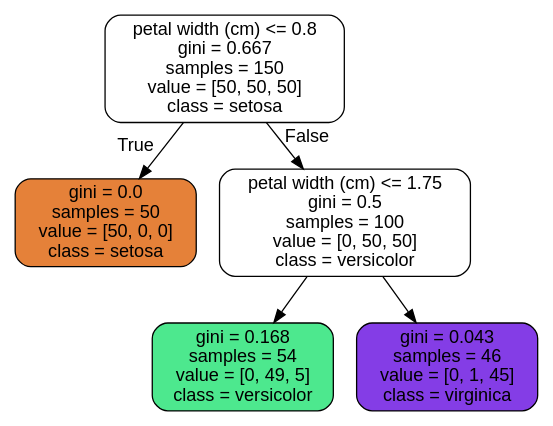
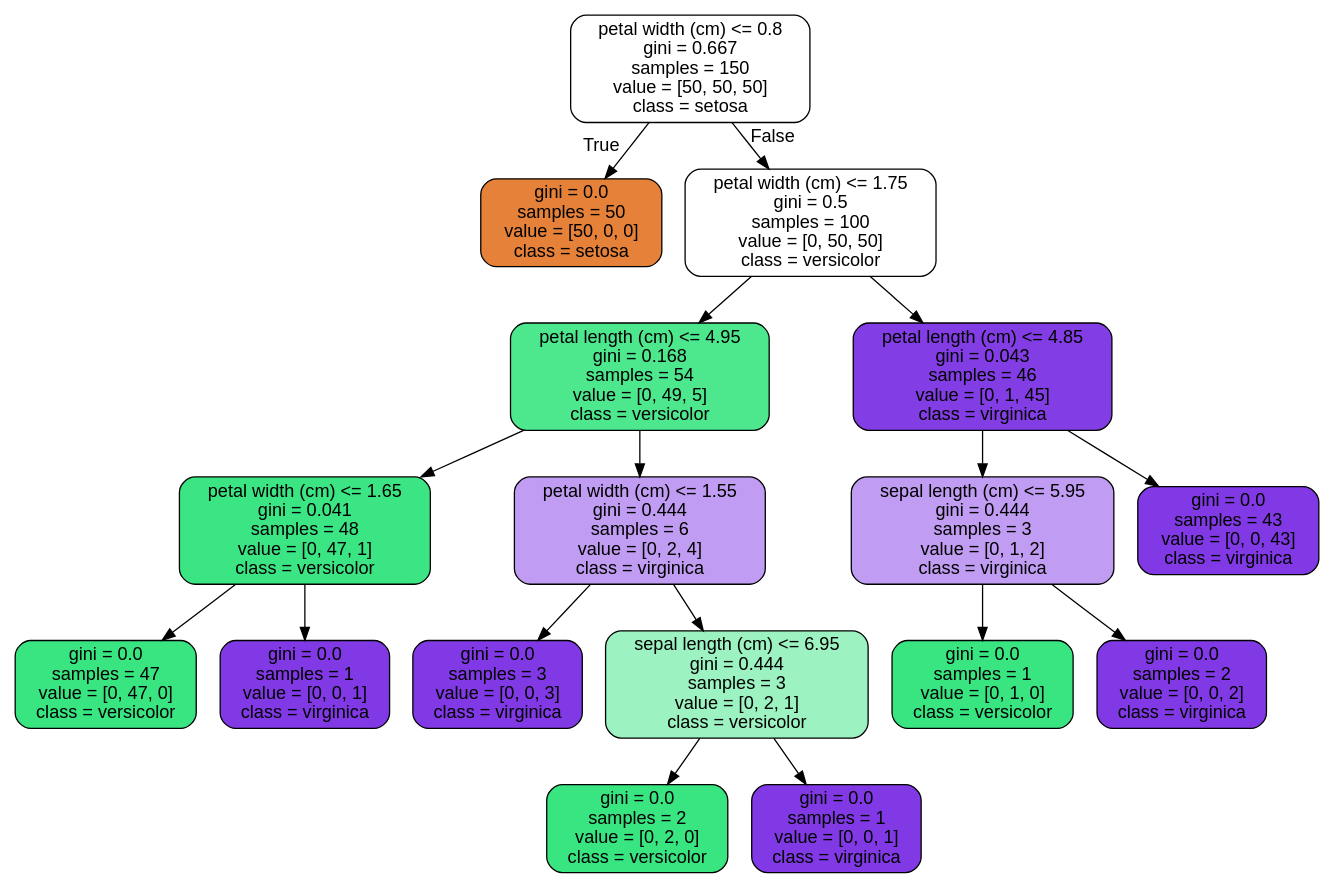
The diagram in MachineLearning/sklearn/iris_tree.dot (xiuzheDorothy/DL_exercise), drawn with Graphviz before and after one commit. The commit also changed 31 other files, not shown here.

```diff
--- a/MachineLearning/sklearn/iris_tree.dot
+++ b/MachineLearning/sklearn/iris_tree.dot
@@ -1,13 +1,37 @@
 digraph Tree {
 node [shape=box, style="filled, rounded", color="black", fontname=helvetica] ;
 edge [fontname=helvetica] ;
-0 [label="petal width (cm) <= 0.8\ngini = 0.667\nsamples = 150\nvalue = [50, 50, 50]\nclass = setosa", fillcolor="#ffffff"] ;
-1 [label="gini = 0.0\nsamples = 50\nvalue = [50, 0, 0]\nclass = setosa", fillcolor="#e58139"] ;
+0 [label="petal width (cm) <= 0.8\ngini = 0.667\nsamples = 150\nvalue = [50, 50, 50]\nclass = setosa", fillcolor="#e5813900"] ;
+1 [label="gini = 0.0\nsamples = 50\nvalue = [50, 0, 0]\nclass = setosa", fillcolor="#e58139ff"] ;
 0 -> 1 [labeldistance=2.5, labelangle=45, headlabel="True"] ;
-2 [label="petal width (cm) <= 1.75\ngini = 0.5\nsamples = 100\nvalue = [0, 50, 50]\nclass = versicolor", fillcolor="#ffffff"] ;
+2 [label="petal width (cm) <= 1.75\ngini = 0.5\nsamples = 100\nvalue = [0, 50, 50]\nclass = versicolor", fillcolor="#39e58100"] ;
 0 -> 2 [labeldistance=2.5, labelangle=-45, headlabel="False"] ;
-3 [label="gini = 0.168\nsamples = 54\nvalue = [0, 49, 5]\nclass = versicolor", fillcolor="#4de88e"] ;
+3 [label="petal length (cm) <= 4.95\ngini = 0.168\nsamples = 54\nvalue = [0, 49, 5]\nclass = versicolor", fillcolor="#39e581e5"] ;
 2 -> 3 ;
-4 [label="gini = 0.043\nsamples = 46\nvalue = [0, 1, 45]\nclass = virginica", fillcolor="#843de6"] ;
-2 -> 4 ;
+4 [label="petal width (cm) <= 1.65\ngini = 0.041\nsamples = 48\nvalue = [0, 47, 1]\nclass = versicolor", fillcolor="#39e581fa"] ;
+3 -> 4 ;
+5 [label="gini = 0.0\nsamples = 47\nvalue = [0, 47, 0]\nclass = versicolor", fillcolor="#39e581ff"] ;
+4 -> 5 ;
+6 [label="gini = 0.0\nsamples = 1\nvalue = [0, 0, 1]\nclass = virginica", fillcolor="#8139e5ff"] ;
+4 -> 6 ;
+7 [label="petal width (cm) <= 1.55\ngini = 0.444\nsamples = 6\nvalue = [0, 2, 4]\nclass = virginica", fillcolor="#8139e57f"] ;
+3 -> 7 ;
+8 [label="gini = 0.0\nsamples = 3\nvalue = [0, 0, 3]\nclass = virginica", fillcolor="#8139e5ff"] ;
+7 -> 8 ;
+9 [label="sepal length (cm) <= 6.95\ngini = 0.444\nsamples = 3\nvalue = [0, 2, 1]\nclass = versicolor", fillcolor="#39e5817f"] ;
+7 -> 9 ;
+10 [label="gini = 0.0\nsamples = 2\nvalue = [0, 2, 0]\nclass = versicolor", fillcolor="#39e581ff"] ;
+9 -> 10 ;
+11 [label="gini = 0.0\nsamples = 1\nvalue = [0, 0, 1]\nclass = virginica", fillcolor="#8139e5ff"] ;
+9 -> 11 ;
+12 [label="petal length (cm) <= 4.85\ngini = 0.043\nsamples = 46\nvalue = [0, 1, 45]\nclass = virginica", fillcolor="#8139e5f9"] ;
+2 -> 12 ;
+13 [label="sepal length (cm) <= 5.95\ngini = 0.444\nsamples = 3\nvalue = [0, 1, 2]\nclass = virginica", fillcolor="#8139e57f"] ;
+12 -> 13 ;
+14 [label="gini = 0.0\nsamples = 1\nvalue = [0, 1, 0]\nclass = versicolor", fillcolor="#39e581ff"] ;
+13 -> 14 ;
+15 [label="gini = 0.0\nsamples = 2\nvalue = [0, 0, 2]\nclass = virginica", fillcolor="#8139e5ff"] ;
+13 -> 15 ;
+16 [label="gini = 0.0\nsamples = 43\nvalue = [0, 0, 43]\nclass = virginica", fillcolor="#8139e5ff"] ;
+12 -> 16 ;
 }
```
